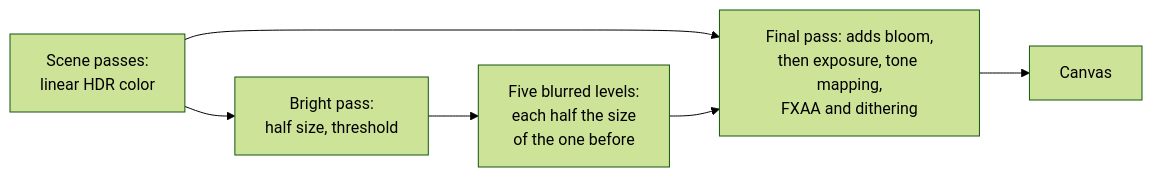
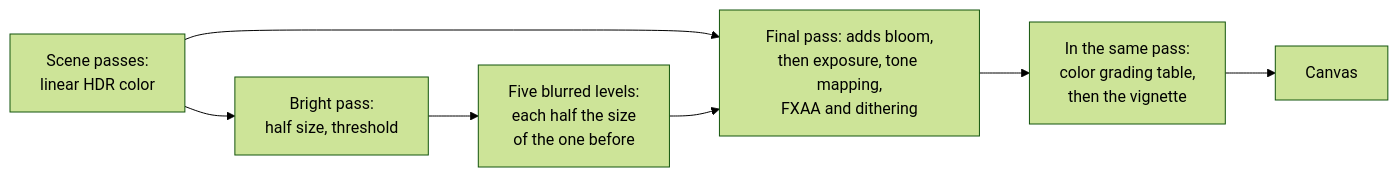
The diagram in docs/concepts/post-processing.md (null3d-engine/null3d), drawn with Mermaid (forest theme) before and after one commit. The commit also changed other lines of this file and 93 other files, not shown here.

````diff
--- a/docs/concepts/post-processing.md
+++ b/docs/concepts/post-processing.md
@@ -13,8 +13,9 @@
 ```mermaid
 flowchart LR
     scene["Scene passes:<br/>linear HDR color"] --> bright["Bright pass:<br/>half size, threshold"]
     bright --> levels["Five blurred levels:<br/>each half the size<br/>of the one before"]
     scene --> final["Final pass: adds bloom,<br/>then exposure, tone mapping,<br/>FXAA and dithering"]
     levels --> final
-    final --> canvas["Canvas"]
+    final --> grade["In the same pass:<br/>color grading table,<br/>then the vignette"]
+    grade --> canvas["Canvas"]
 ```
````
